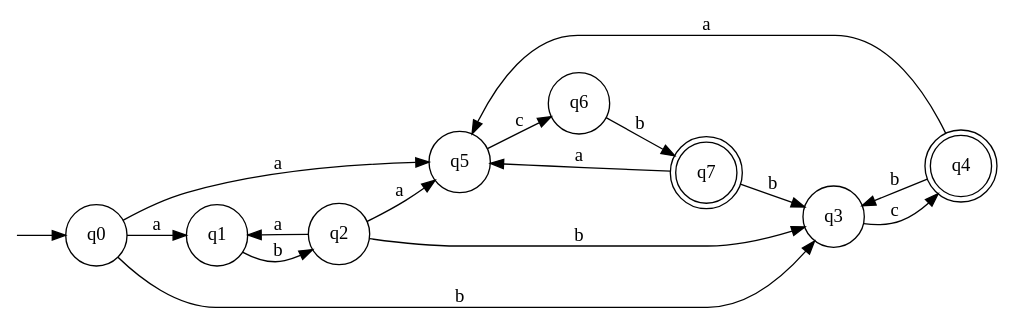
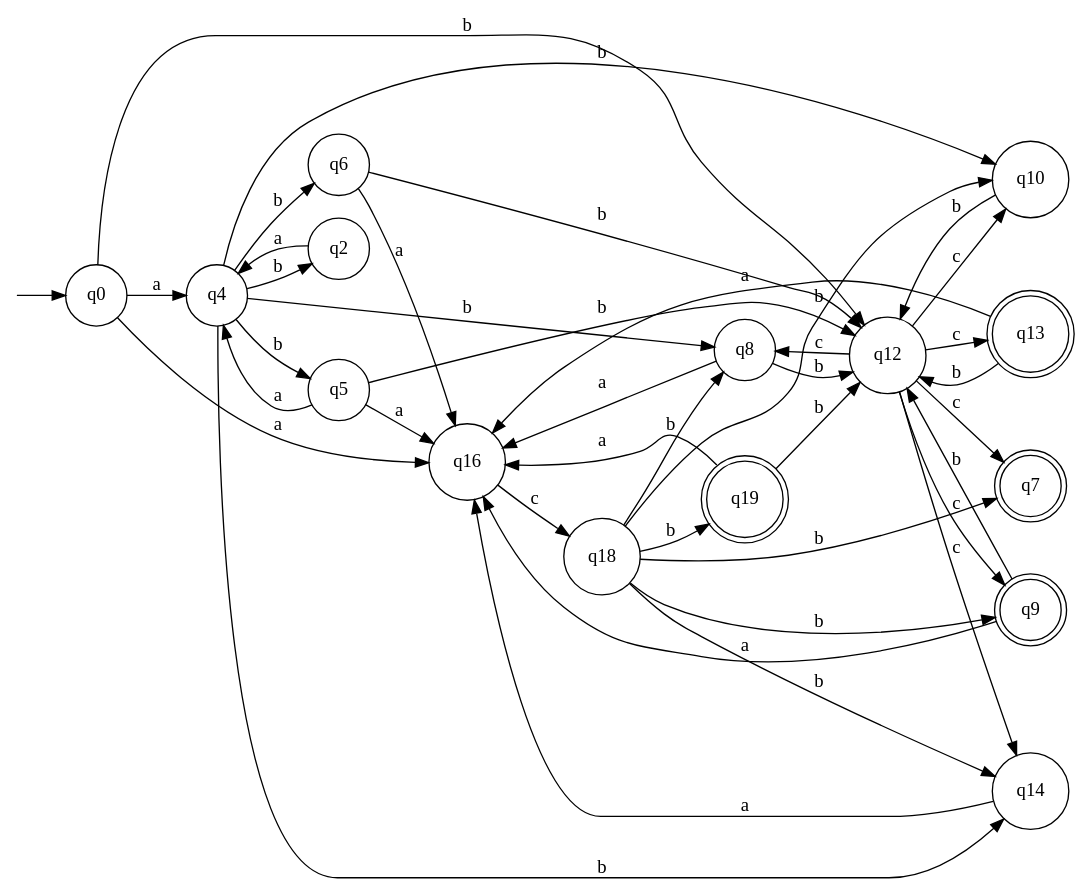
Before and after one commit to water-mizuu/finite_automata_conversion: the diagram in nfa.dot, drawn with Graphviz. The commit also changed 10 other files, not shown here.

```diff
--- a/nfa.dot
+++ b/nfa.dot
@@ -1,27 +1,58 @@
 digraph G {
   rankdir=LR;
   n__ [label="" shape=none width=.0];
   0 [shape=circle label="q0"];
-  1 [shape=circle label="q1"];
   2 [shape=circle label="q2"];
-  3 [shape=circle label="q3"];
-  4 [shape=doublecircle label="q4"];
+  4 [shape=circle label="q4"];
   5 [shape=circle label="q5"];
   6 [shape=circle label="q6"];
   7 [shape=doublecircle label="q7"];
+  8 [shape=circle label="q8"];
+  9 [shape=doublecircle label="q9"];
+  10 [shape=circle label="q10"];
+  12 [shape=circle label="q12"];
+  13 [shape=doublecircle label="q13"];
+  14 [shape=circle label="q14"];
+  16 [shape=circle label="q16"];
+  18 [shape=circle label="q18"];
+  19 [shape=doublecircle label="q19"];
   n__ -> 0;
-  0 -> 1 [label="a"];
-  0 -> 5 [label="a"];
-  2 -> 1 [label="a"];
-  2 -> 5 [label="a"];
-  4 -> 5 [label="a"];
-  7 -> 5 [label="a"];
-  0 -> 3 [label="b"];
-  1 -> 2 [label="b"];
-  2 -> 3 [label="b"];
-  4 -> 3 [label="b"];
-  6 -> 7 [label="b"];
-  7 -> 3 [label="b"];
-  3 -> 4 [label="c"];
-  5 -> 6 [label="c"];
+  0 -> 4 [label="a"];
+  0 -> 16 [label="a"];
+  2 -> 4 [label="a"];
+  5 -> 4 [label="a"];
+  5 -> 16 [label="a"];
+  6 -> 16 [label="a"];
+  8 -> 16 [label="a"];
+  9 -> 16 [label="a"];
+  13 -> 16 [label="a"];
+  14 -> 16 [label="a"];
+  19 -> 16 [label="a"];
+  0 -> 12 [label="b"];
+  4 -> 5 [label="b"];
+  4 -> 2 [label="b"];
+  4 -> 6 [label="b"];
+  4 -> 8 [label="b"];
+  4 -> 10 [label="b"];
+  4 -> 14 [label="b"];
+  5 -> 12 [label="b"];
+  6 -> 12 [label="b"];
+  8 -> 12 [label="b"];
+  9 -> 12 [label="b"];
+  10 -> 12 [label="b"];
+  13 -> 12 [label="b"];
+  18 -> 19 [label="b"];
+  18 -> 9 [label="b"];
+  18 -> 8 [label="b"];
+  18 -> 7 [label="b"];
+  18 -> 10 [label="b"];
+  18 -> 14 [label="b"];
+  19 -> 12 [label="b"];
+  12 -> 13 [label="c"];
+  12 -> 9 [label="c"];
+  12 -> 8 [label="c"];
+  12 -> 7 [label="c"];
+  12 -> 10 [label="c"];
+  12 -> 14 [label="c"];
+  16 -> 18 [label="c"];
 }
```
